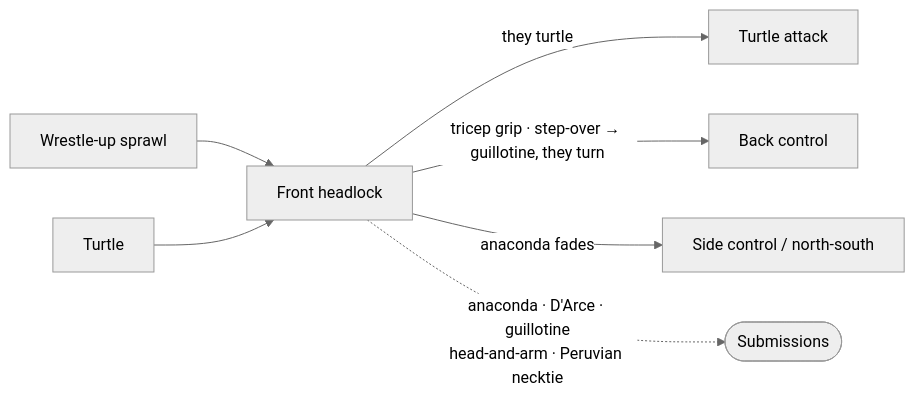
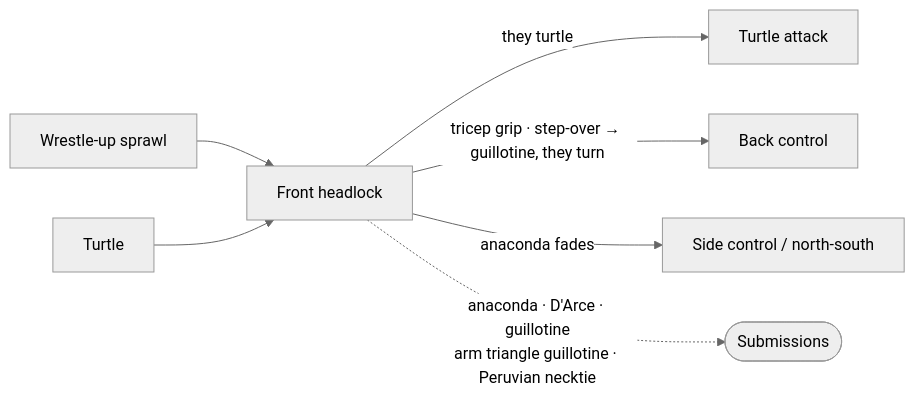
One commit to ctrl-malacan/bjj-commons changed the diagram in positions/09-front-headlock.md. Above: the diagram before and after it, drawn with Mermaid (neutral theme). The commit also changed other lines of this file and 3 other files, not shown here.

First line of the commit message:
fix: the head-and-arm choke from the front headlock is the arm triangle guillotine

````diff
--- a/positions/09-front-headlock.md
+++ b/positions/09-front-headlock.md
@@ -15,9 +15,9 @@
 ```mermaid
 flowchart LR
     WU["Wrestle-up sprawl"] --> FH["Front headlock"]
     T["Turtle"] --> FH
     FH -->|"they turtle"| T2["Turtle attack"]
     FH -->|"tricep grip · step-over → guillotine, they turn"| BC["Back control"]
     FH -->|"anaconda fades"| SC["Side control / north-south"]
-    FH -.->|"anaconda · D'Arce · guillotine<br/>head-and-arm · Peruvian necktie"| S(["Submissions"])
+    FH -.->|"anaconda · D'Arce · guillotine<br/>arm triangle guillotine · Peruvian necktie"| S(["Submissions"])
 ```
````
